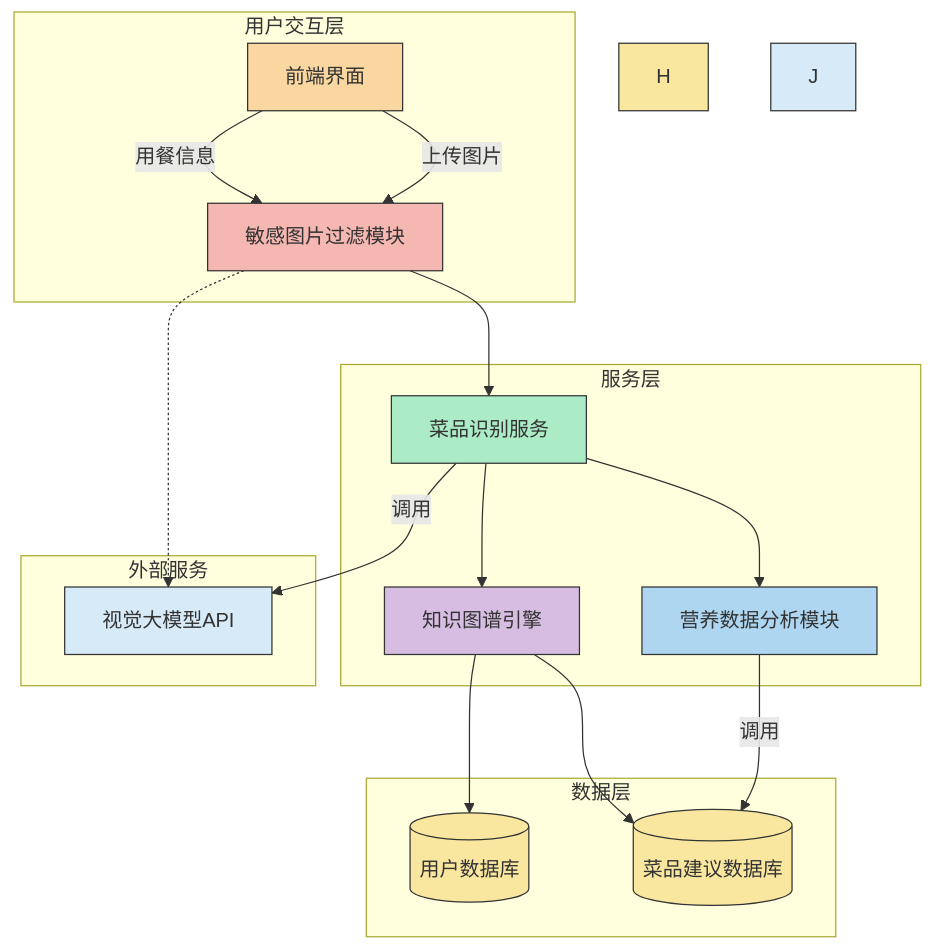
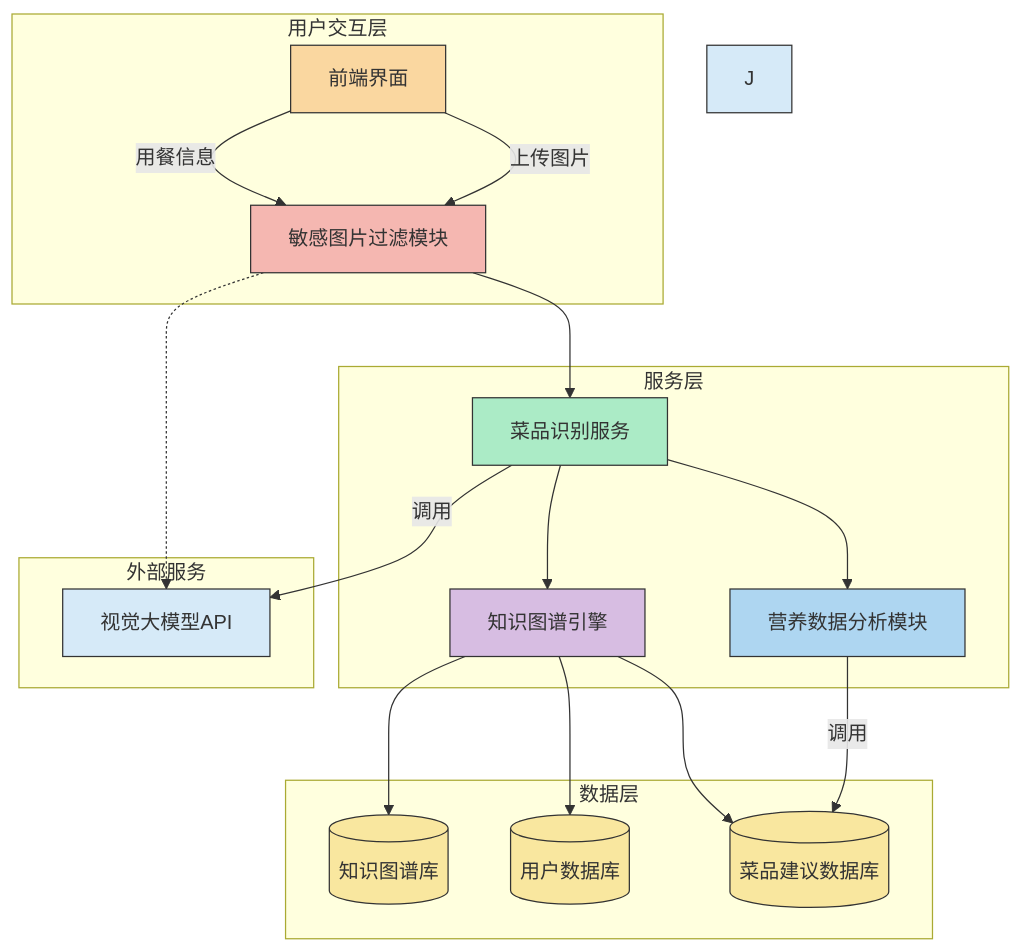
The diagram in all/未命名-1.md (funnyData/iodraw-files), drawn with Mermaid before and after one commit.

Commit message:
2025-03-19 16:53:15 update

````diff
--- a/all/未命名-1.md
+++ b/all/未命名-1.md
@@ -1,39 +1,40 @@
 ```mermaid
 %% 系统架构图（基于网页1/3/4/6的流程图语法优化）
 flowchart TD
     subgraph 用户交互层
         A[前端界面] -->|用餐信息| B[敏感图片过滤模块]
         style A fill:#FAD7A0,stroke:#333
         style B fill:#F5B7B1,stroke:#333
     end
 
     subgraph 服务层
         B --> C[菜品识别服务]
         
         C --> E[知识图谱引擎]
         C --> D[营养数据分析模块]
         style C fill:#ABEBC6,stroke:#333
         style D fill:#AED6F1,stroke:#333
         style E fill:#D7BDE2,stroke:#333
     end
 
     subgraph 数据层
+        E --> H[(知识图谱库)]
         E --> F[(用户数据库)]
         E --> G[(菜品建议数据库)]
         
         style F fill:#F9E79F,stroke:#333,shape:cylinder
         style G fill:#F9E79F,stroke:#333,shape:cylinder
         style H fill:#F9E79F,stroke:#333,shape:cylinder
     end
 
     subgraph 外部服务
         B -.-> I[视觉大模型API]
         style I fill:#D6EAF8,stroke:#333
         style J fill:#D6EAF8,stroke:#333
     end
 
 
     A -->|上传图片| B
     C -->|调用| I
     D -->|调用| G
 ```
````
